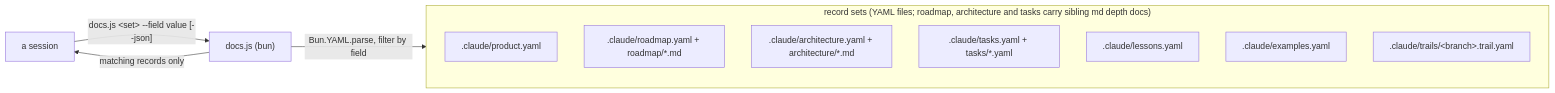
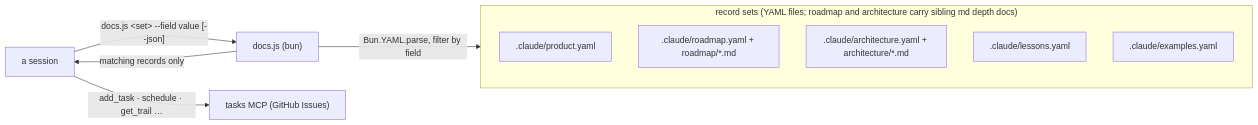
The diagram in skills/outputty/references/product-template.md (outputty/claude-plugin), drawn with Mermaid before and after one commit. The commit also changed other lines of this file and 56 other files, not shown here.

First line of the commit message:
Deprecate the file task engine and trail files; trim duplicated rules

````diff
--- a/skills/outputty/references/product-template.md
+++ b/skills/outputty/references/product-template.md
@@ -218,15 +208,14 @@
 ```mermaid
 flowchart LR
-    subgraph sets ["record sets (YAML files; roadmap, architecture and tasks carry sibling md depth docs)"]
+    subgraph sets ["record sets (YAML files; roadmap and architecture carry sibling md depth docs)"]
         product[".claude/product.yaml"]
         roadmap[".claude/roadmap.yaml + roadmap/*.md"]
         architecture[".claude/architecture.yaml + architecture/*.md"]
-        tasks[".claude/tasks.yaml + tasks/*.yaml"]
         lessons[".claude/lessons.yaml"]
         examples[".claude/examples.yaml"]
-        trail[".claude/trails/&lt;branch&gt;.trail.yaml"]
     end
     reader["a session"] -->|"docs.js &lt;set&gt; --field value [--json]"| docsjs["docs.js (bun)"]
     docsjs -->|"Bun.YAML.parse, filter by field"| sets
     docsjs -->|"matching records only"| reader
+    reader -->|"add_task · schedule · get_trail …"| tasksmcp["tasks MCP (GitHub Issues)"]
 ```
````
